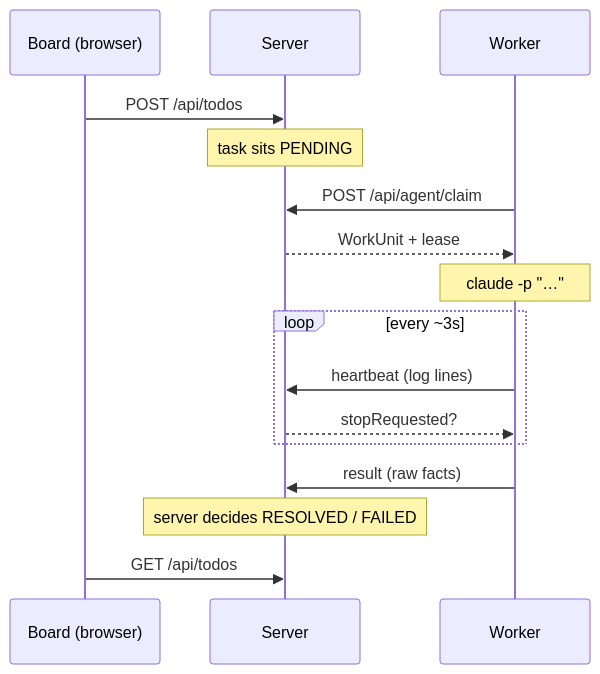
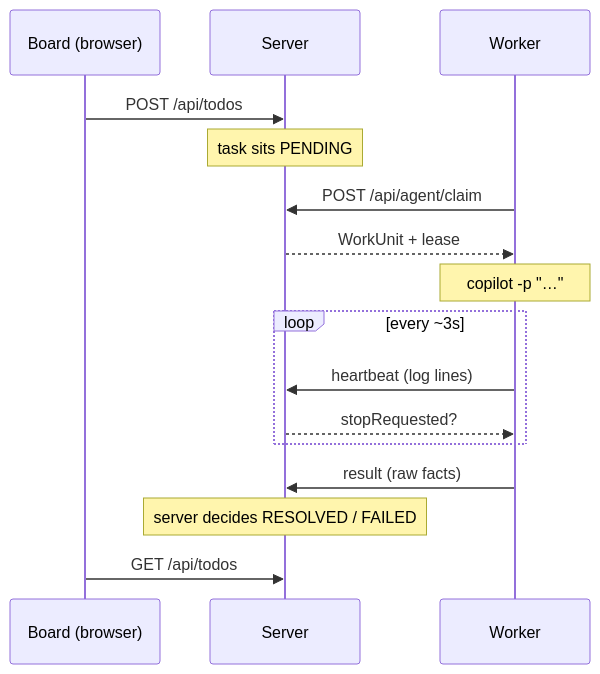
The diagram in docs/server-worker-split.md (luxianlong/AI-Kanban), drawn with Mermaid before and after one commit. The commit also changed other lines of this file and 29 other files, not shown here.

````diff
--- a/docs/server-worker-split.md
+++ b/docs/server-worker-split.md
@@ -13,18 +13,18 @@
 ```mermaid
 sequenceDiagram
     participant B as Board (browser)
     participant S as Server
     participant W as Worker
     B->>S: POST /api/todos
     Note over S: task sits PENDING
     W->>S: POST /api/agent/claim
     S-->>W: WorkUnit + lease
-    Note over W: claude -p "…"
+    Note over W: copilot -p "…"
     loop every ~3s
         W->>S: heartbeat (log lines)
         S-->>W: stopRequested?
     end
     W->>S: result (raw facts)
     Note over S: server decides RESOLVED / FAILED
     B->>S: GET /api/todos
 ```
````
